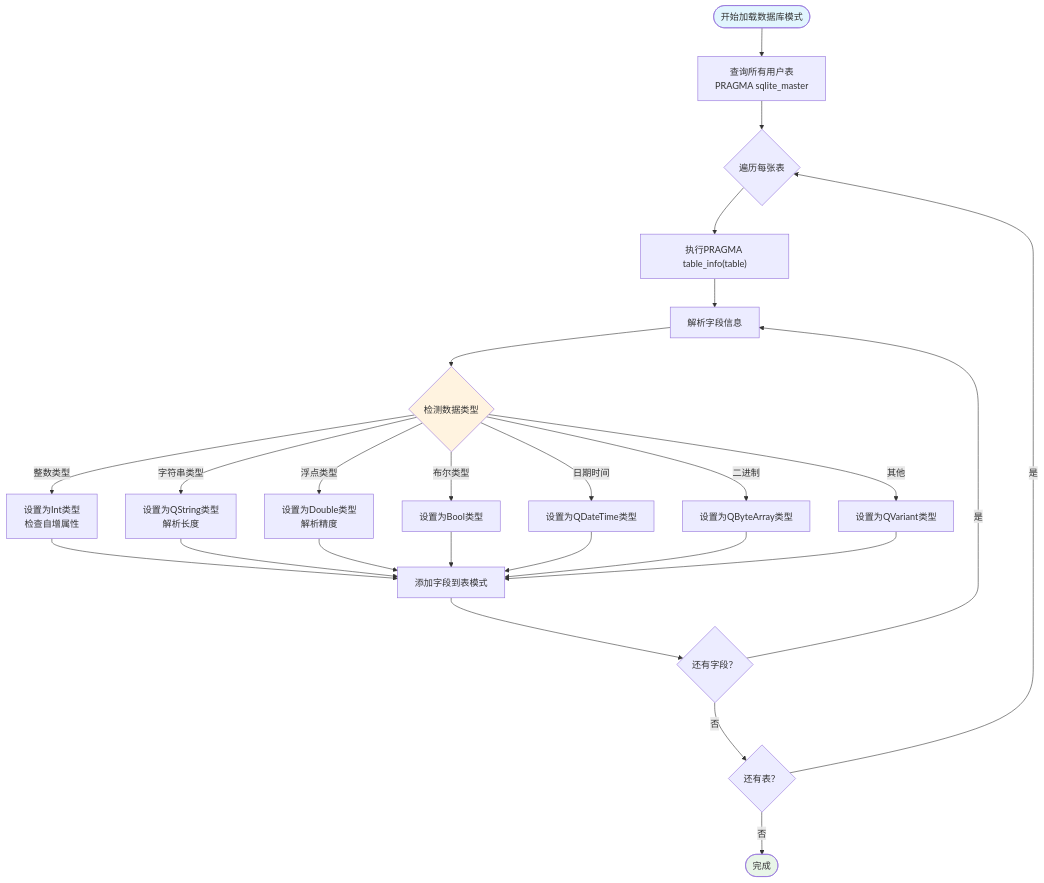
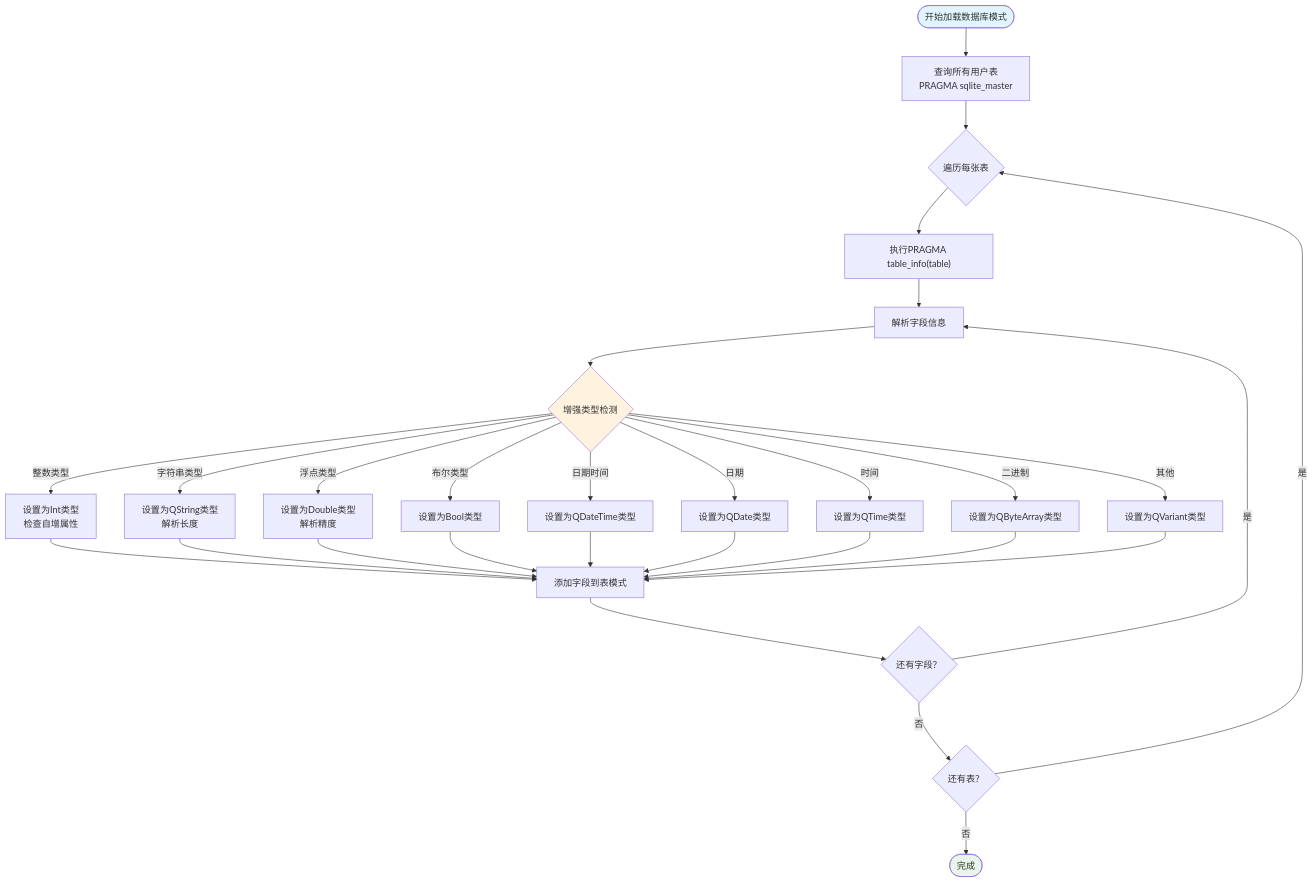
One commit to ihula/QmlPlugins changed the sixth of 12 diagrams in .qoder/repowiki/zh/content/核心模块/数据库管理模块.md. Above: the diagram before and after it, drawn with Mermaid. The commit also changed other lines of this file and 13 other files, not shown here.

````diff
--- a/.qoder/repowiki/zh/content/核心模块/数据库管理模块.md
+++ b/.qoder/repowiki/zh/content/核心模块/数据库管理模块.md
@@ -248,30 +257,34 @@
 ```mermaid
 flowchart TD
 Start([开始加载数据库模式]) --> GetTables["查询所有用户表<br/>PRAGMA sqlite_master"]
 GetTables --> LoopTables{"遍历每张表"}
 LoopTables --> LoadTableInfo["执行PRAGMA table_info(table)"]
 LoadTableInfo --> ParseFieldInfo["解析字段信息"]
-ParseFieldInfo --> TypeDetection{"检测数据类型"}
+ParseFieldInfo --> TypeDetection{"增强类型检测"}
 TypeDetection --> |整数类型| IntType["设置为Int类型<br/>检查自增属性"]
 TypeDetection --> |字符串类型| StringType["设置为QString类型<br/>解析长度"]
 TypeDetection --> |浮点类型| FloatType["设置为Double类型<br/>解析精度"]
 TypeDetection --> |布尔类型| BoolType["设置为Bool类型"]
 TypeDetection --> |日期时间| DateTimeType["设置为QDateTime类型"]
+TypeDetection --> |日期| DateType["设置为QDate类型"]
+TypeDetection --> |时间| TimeType["设置为QTime类型"]
 TypeDetection --> |二进制| BlobType["设置为QByteArray类型"]
 TypeDetection --> |其他| OtherType["设置为QVariant类型"]
 IntType --> AddField["添加字段到表模式"]
 StringType --> AddField
 FloatType --> AddField
 BoolType --> AddField
 DateTimeType --> AddField
+DateType --> AddField
+TimeType --> AddField
 BlobType --> AddField
 OtherType --> AddField
 AddField --> NextField{"还有字段？"}
 NextField --> |是| ParseFieldInfo
 NextField --> |否| NextTable{"还有表？"}
 NextTable --> |是| LoopTables
 NextTable --> |否| End([完成])
 style Start fill:#e1f5fe
 style End fill:#e8f5e8
 style TypeDetection fill:#fff3e0
 ```
````
